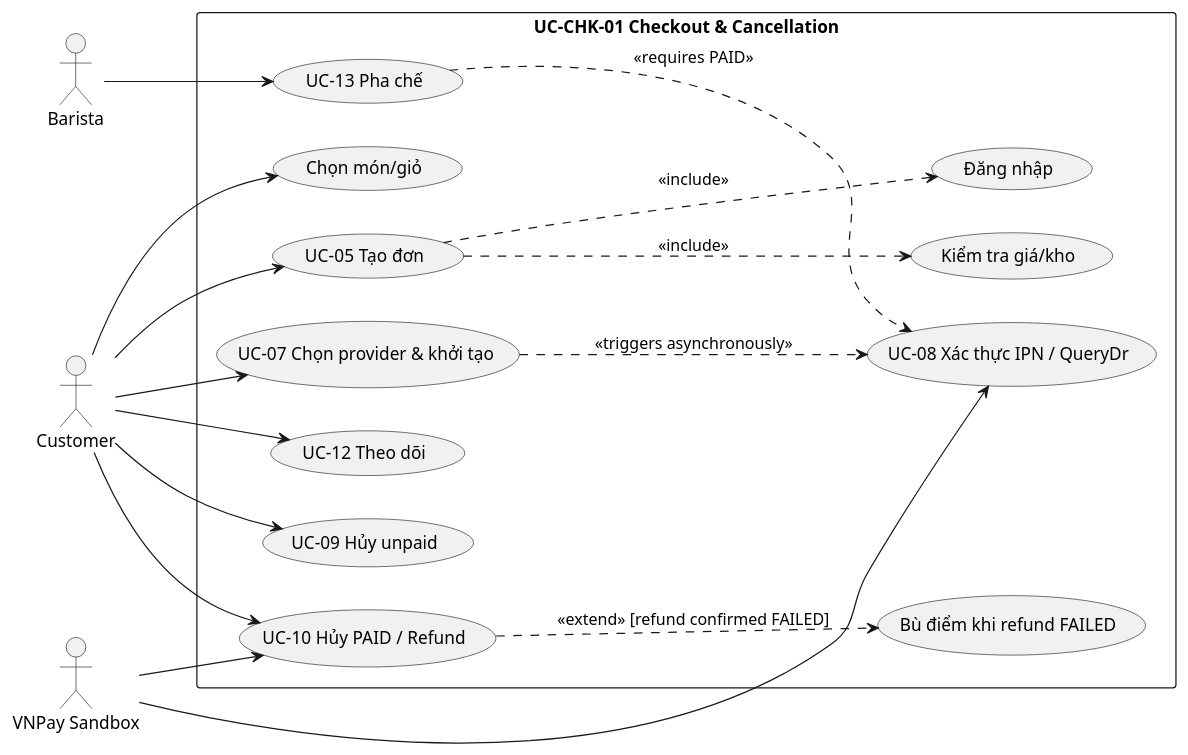
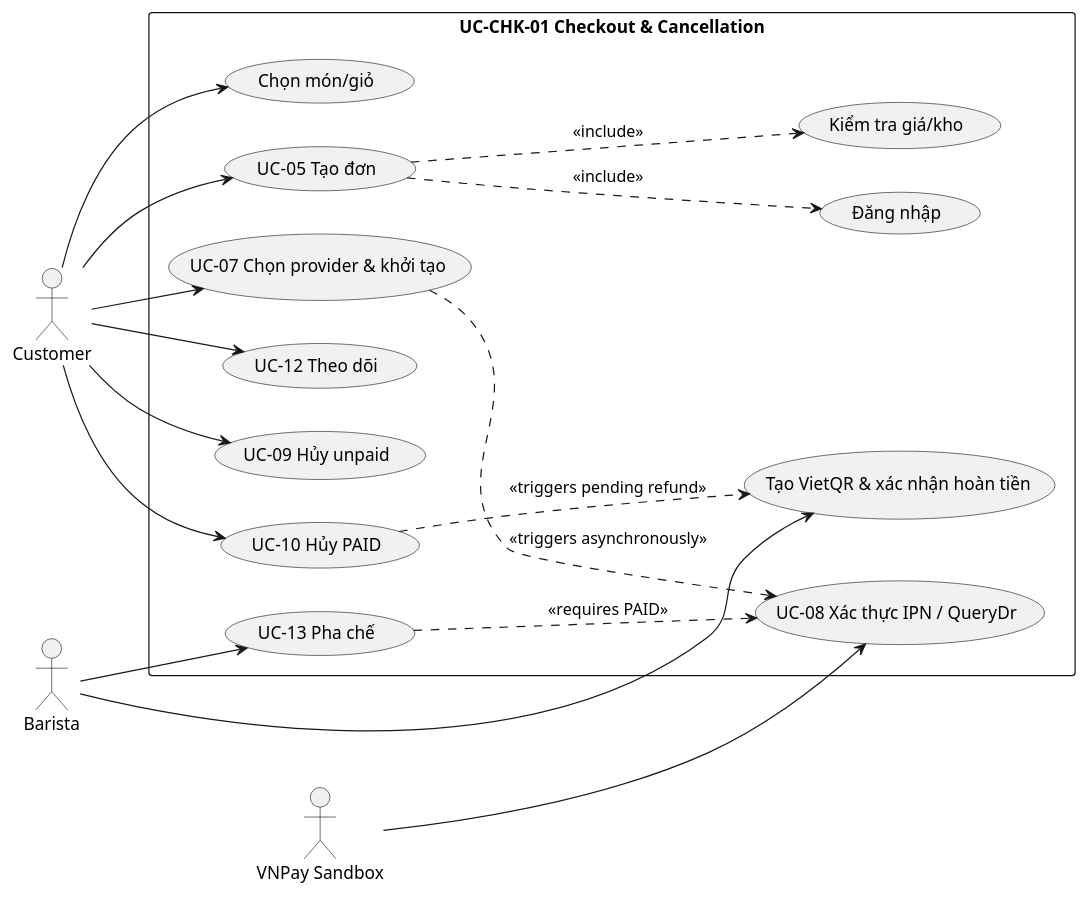
One commit to Thaitruong26/Brewlite-A2 changed the diagram in docs/diagrams/use-case-checkout.puml. Above: the diagram before and after it, drawn with PlantUML. The commit also changed 14 other files, not shown here.

Commit message:
docs: align SRS, ADR-009, use-case specifications, and PlantUML diagrams with manual VietQR barista refund workflow

```diff
--- a/docs/diagrams/use-case-checkout.puml
+++ b/docs/diagrams/use-case-checkout.puml
@@ -1,34 +1,34 @@
 @startuml
 left to right direction
 skinparam shadowing false
 actor "Customer" as C
 actor "Barista" as B
 actor "VNPay Sandbox" as V
 rectangle "UC-CHK-01 Checkout & Cancellation" {
  usecase "Chọn món/giỏ" as CART
  usecase "Đăng nhập" as AUTH
  usecase "UC-05 Tạo đơn" as ORDER
  usecase "Kiểm tra giá/kho" as VALIDATE
  usecase "UC-07 Chọn provider & khởi tạo" as PAY
  usecase "UC-08 Xác thực IPN / QueryDr" as IPN
  usecase "UC-12 Theo dõi" as TRACK
  usecase "UC-09 Hủy unpaid" as CANCEL1
- usecase "UC-10 Hủy PAID / Refund" as CANCEL2
- usecase "Bù điểm khi refund FAILED" as COMP
+ usecase "UC-10 Hủy PAID" as CANCEL2
+ usecase "Tạo VietQR & xác nhận hoàn tiền" as REFUND_QR
  usecase "UC-13 Pha chế" as PREP
 }
 C --> CART
 C --> ORDER
 C --> PAY
 C --> TRACK
 C --> CANCEL1
 C --> CANCEL2
+B --> REFUND_QR
 B --> PREP
 V --> IPN
-V --> CANCEL2
 ORDER ..> AUTH : <<include>>
 ORDER ..> VALIDATE : <<include>>
 PAY ..> IPN : <<triggers asynchronously>>
-CANCEL2 ..> COMP : <<extend>> [refund confirmed FAILED]
+CANCEL2 ..> REFUND_QR : <<triggers pending refund>>
 PREP ..> IPN : <<requires PAID>>
 @enduml
```
